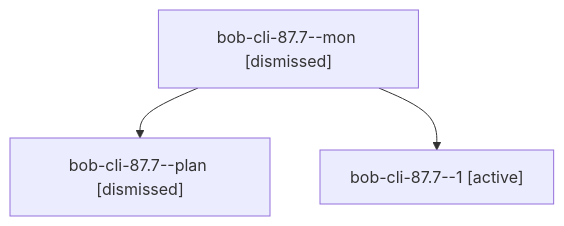
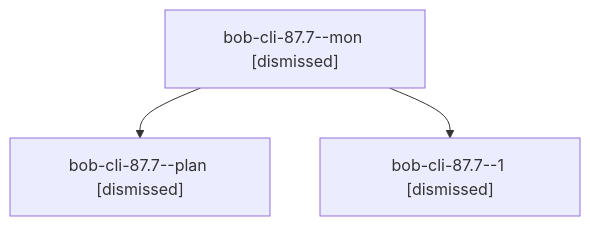
One commit to bobs-org/bob-cli--agents changed the diagram in sessions/bbugyi200.athena.bob-cli-87.7.md. Above: the diagram before and after it, drawn with Mermaid. The commit also changed other lines of this file and 243 other files, not shown here.

````diff
--- a/sessions/bbugyi200.athena.bob-cli-87.7.md
+++ b/sessions/bbugyi200.athena.bob-cli-87.7.md
@@ -9,8 +9,8 @@
 ```mermaid
 flowchart TD
   n0["bob-cli-87.7--mon [dismissed]"]
   n1["bob-cli-87.7--plan [dismissed]"]
   n0 --> n1
-  n2["bob-cli-87.7--1 [active]"]
+  n2["bob-cli-87.7--1 [dismissed]"]
   n0 --> n2
 ```
````
